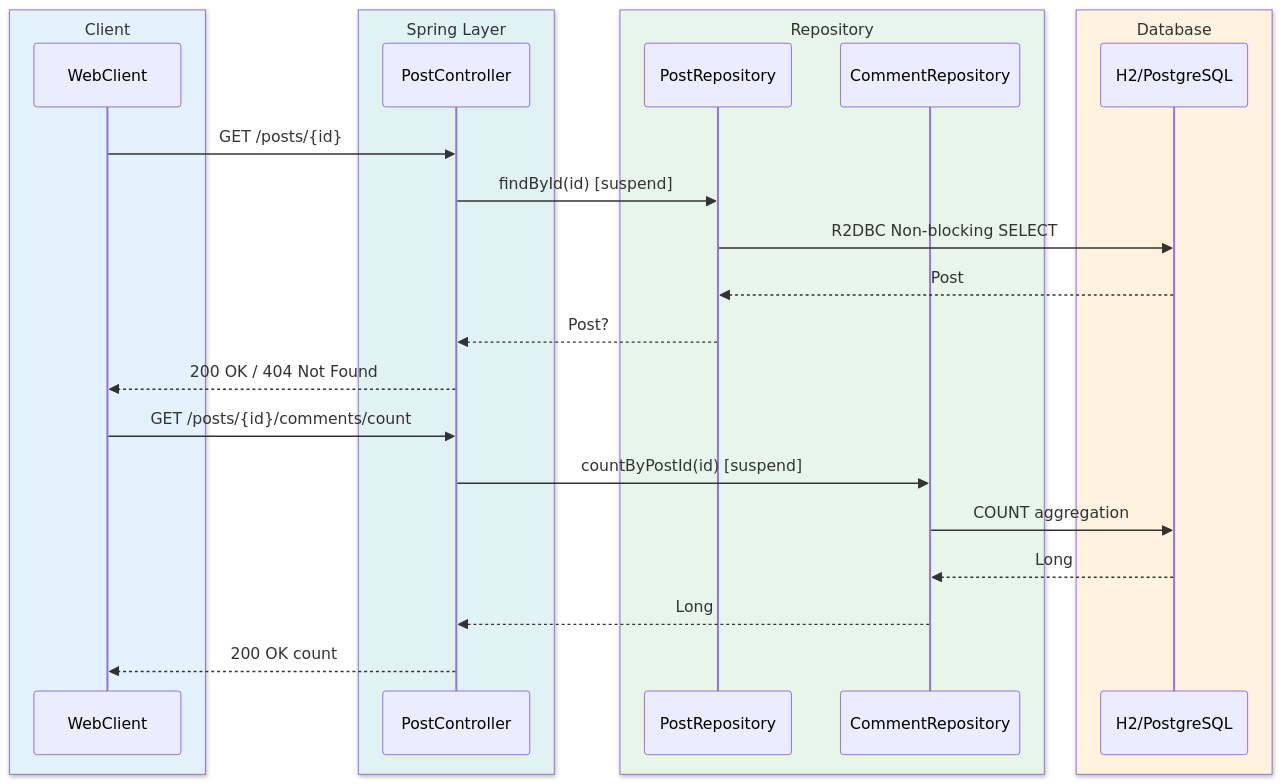
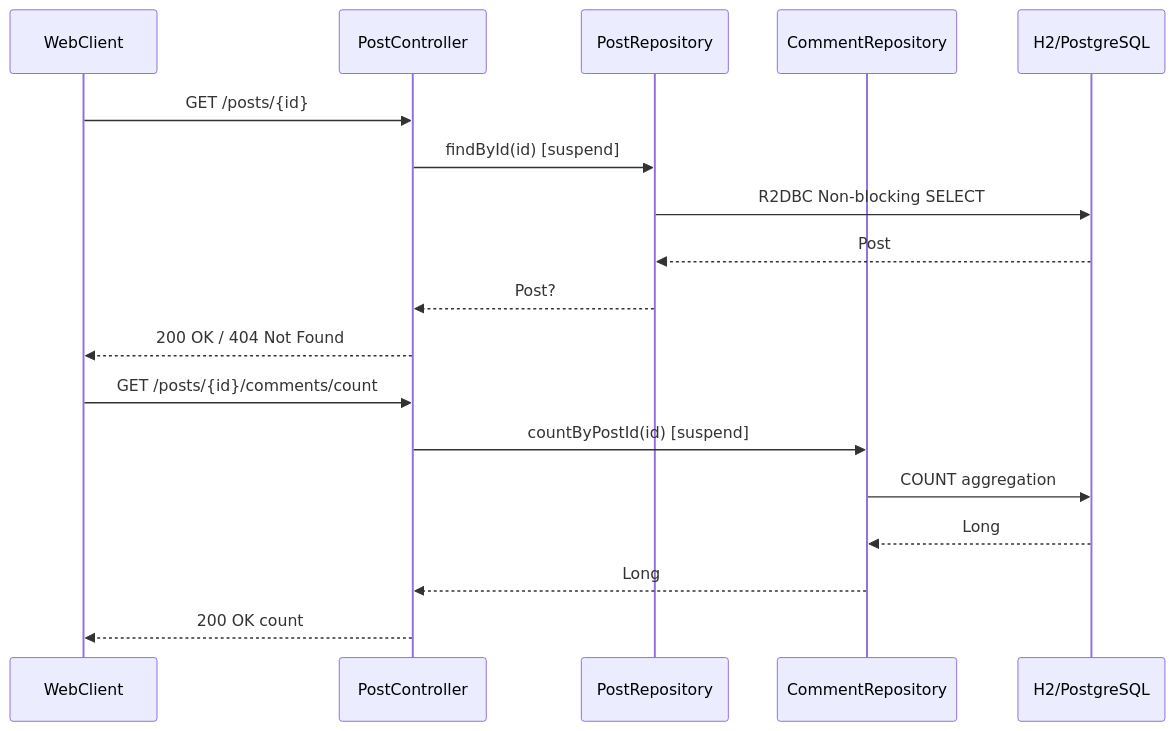
The first of 3 diagrams in 02-alternatives-to-jpa/r2dbc-example/README.md (bluetape4k/exposed-workshop), drawn with Mermaid before and after one commit. The commit also changed 42 other files, not shown here.

First line of the commit message:
docs: sequence diagram에서 box rgb() 제거 (option 1 - GitHub dark mode 기본 렌더링 사용)

````diff
--- a/02-alternatives-to-jpa/r2dbc-example/README.md
+++ b/02-alternatives-to-jpa/r2dbc-example/README.md
@@ -20,29 +20,21 @@
 ```mermaid
 %%{init: {"theme": "neutral", "themeVariables": {"fontFamily": "'Comic Mono', 'goorm sans code', 'JetBrains Mono', 'goorm sans'"}}}%%
 sequenceDiagram
-    box rgb(227, 242, 253) Client
-        participant Client as WebClient
-    end
-    box rgb(224, 242, 241) Spring Layer
-        participant PC as PostController
-    end
-    box rgb(232, 245, 233) Repository
-        participant PR as PostRepository
-        participant CR as CommentRepository
-    end
-    box rgb(255, 243, 224) Database
-        participant DB as H2/PostgreSQL
-    end
+    participant Client as WebClient
+    participant PC as PostController
+    participant PR as PostRepository
+    participant CR as CommentRepository
+    participant DB as H2/PostgreSQL
     Client ->> PC: GET /posts/{id}
     PC ->> PR: findById(id) [suspend]
     PR ->> DB: R2DBC Non-blocking SELECT
     DB -->> PR: Post
     PR -->> PC: Post?
     PC -->> Client: 200 OK / 404 Not Found
     Client ->> PC: GET /posts/{id}/comments/count
     PC ->> CR: countByPostId(id) [suspend]
     CR ->> DB: COUNT aggregation
     DB -->> CR: Long
     CR -->> PC: Long
     PC -->> Client: 200 OK count
 ```
````
